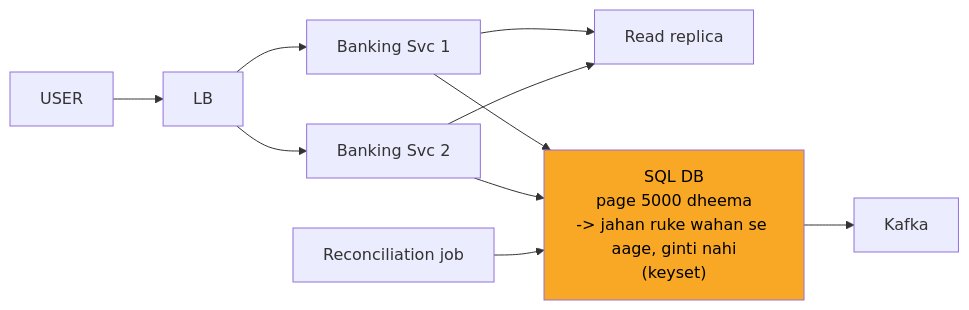
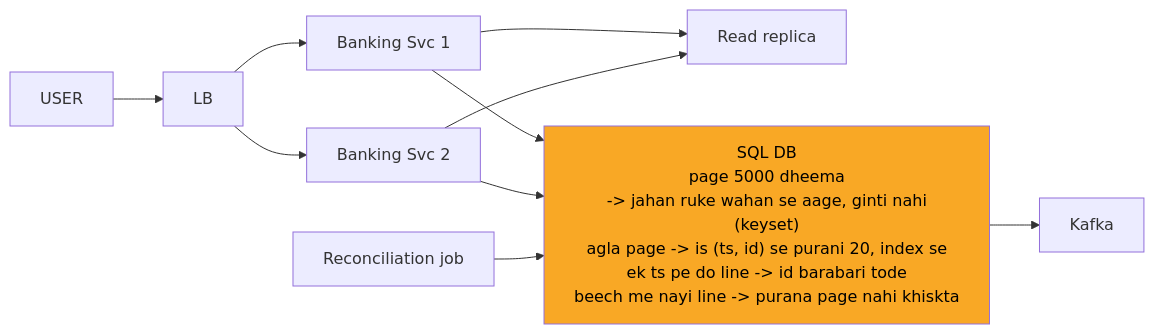
Before and after one commit to ArpanMaheshwari144/Prep: diagram 11 of 13 in 04_HLD/SYSTEM_DESIGNS/13_banking_system/13_banking_system.md, drawn with Mermaid. The commit also changed other lines of this file and 12 other files, not shown here.

Commit message:
hld 02-14: peele dabbe me SAFAR ke mod + diagram chauda (wrappingWidth 450)

````diff
--- a/04_HLD/SYSTEM_DESIGNS/13_banking_system/13_banking_system.md
+++ b/04_HLD/SYSTEM_DESIGNS/13_banking_system/13_banking_system.md
@@ -360,21 +371,22 @@
 ```mermaid
+%%{init: {"flowchart": {"wrappingWidth": 450}}}%%
 flowchart LR
     n_USER["USER"]
     n_LB["LB"]
     n_S1["Banking Svc 1"]
     n_S2["Banking Svc 2"]
     n_RR["Read replica"]
-    n_DB["SQL DB<br/>page 5000 dheema<br/>-> jahan ruke wahan se aage, ginti nahi<br/>(keyset)"]
+    n_DB["SQL DB<br/>page 5000 dheema<br/>-> jahan ruke wahan se aage, ginti nahi<br/>(keyset)<br/>agla page -> is (ts, id) se purani 20, index se<br/>ek ts pe do line -> id barabari tode<br/>beech me nayi line -> purana page nahi khiskta"]
     n_K["Kafka"]
     n_REC["Reconciliation job"]
     n_USER --> n_LB
     n_LB --> n_S1
     n_LB --> n_S2
     n_S1 --> n_RR
     n_S2 --> n_RR
     n_S1 --> n_DB
     n_S2 --> n_DB
     n_DB --> n_K
     n_REC --> n_DB
     style n_DB fill:#f9a825,color:#000
 ```
````
